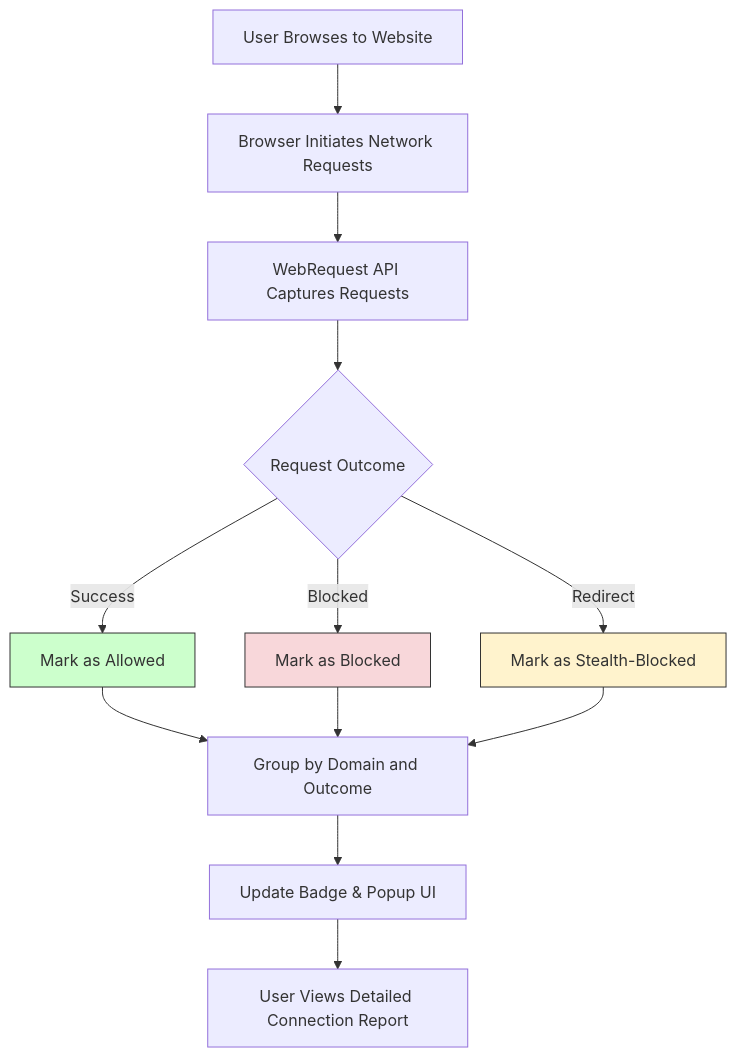
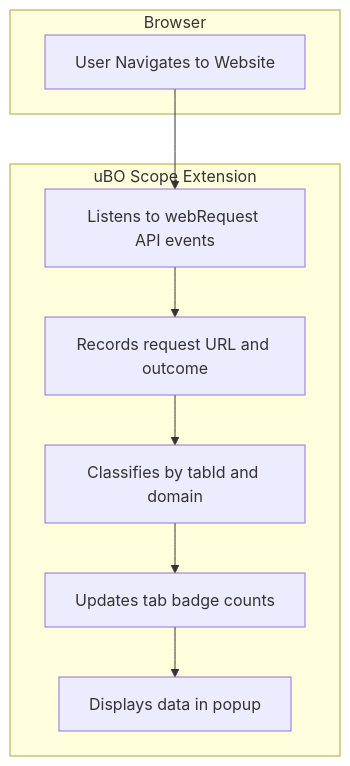
One commit to clidey/docucod-public-project-adf15a81-508f-4f0d-9083-12549e1f66a0 changed the diagram in overview/introduction-and-value/what-is-ubo-scope.mdx. Above: the diagram before and after it, drawn with Mermaid. The commit also changed other lines of this file and 17 other files, not shown here.

````diff
--- a/overview/introduction-and-value/what-is-ubo-scope.mdx
+++ b/overview/introduction-and-value/what-is-ubo-scope.mdx
@@ -139,19 +180,23 @@
 ```mermaid
 flowchart TD
-  A[User Browses to Website] --> B[Browser Initiates Network Requests]
-  B --> C[WebRequest API Captures Requests]
-  C --> D{Request Outcome}
-  D -->|Success| E[Mark as Allowed]
-  D -->|Blocked| F[Mark as Blocked]
-  D -->|Redirect| G[Mark as Stealth-Blocked]
-  E & F & G --> H[Group by Domain and Outcome]
-  H --> I[Update Badge & Popup UI]
-  I --> J[User Views Detailed Connection Report]
+  subgraph Browser
+    A[User Navigates to Website]
+  end
 
-  classDef success fill:#ccffcc,stroke:#333,stroke-width:1px;
-  classDef warning fill:#fff3cd,stroke:#333,stroke-width:1px;
-  classDef error fill:#f8d7da,stroke:#333,stroke-width:1px;
-  class E success;
-  class F error;
-  class G warning;
+  subgraph uBO Scope Extension
+    B[Listens to webRequest API events]
+    C[Records request URL and outcome]
+    D[Classifies by tabId and domain]
+    E[Updates tab badge counts]
+    F[Displays data in popup]
+  end
+
+  A --> B
+  B --> C
+  C --> D
+  D --> E
+  E --> F
+
+  click B "js/background.js" "Lines 50-130"
+  click F "js/popup.js" "Lines 10-80"
 ```
````
